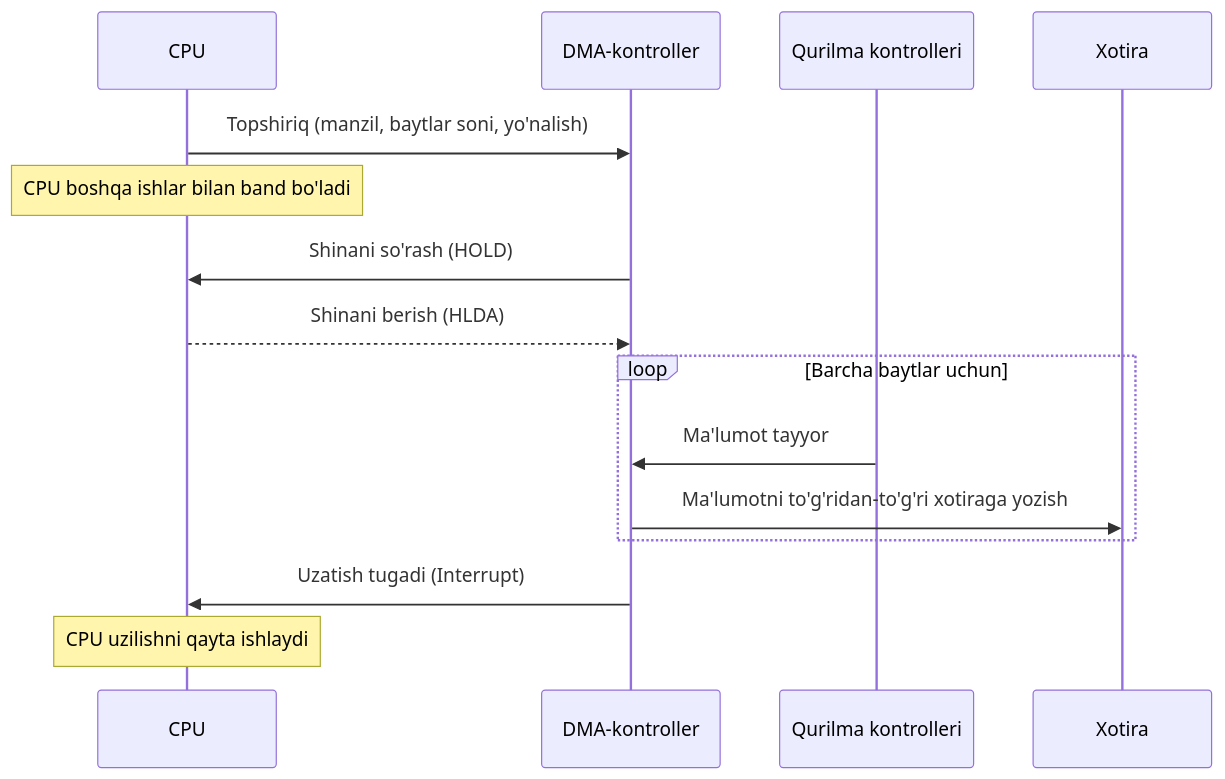
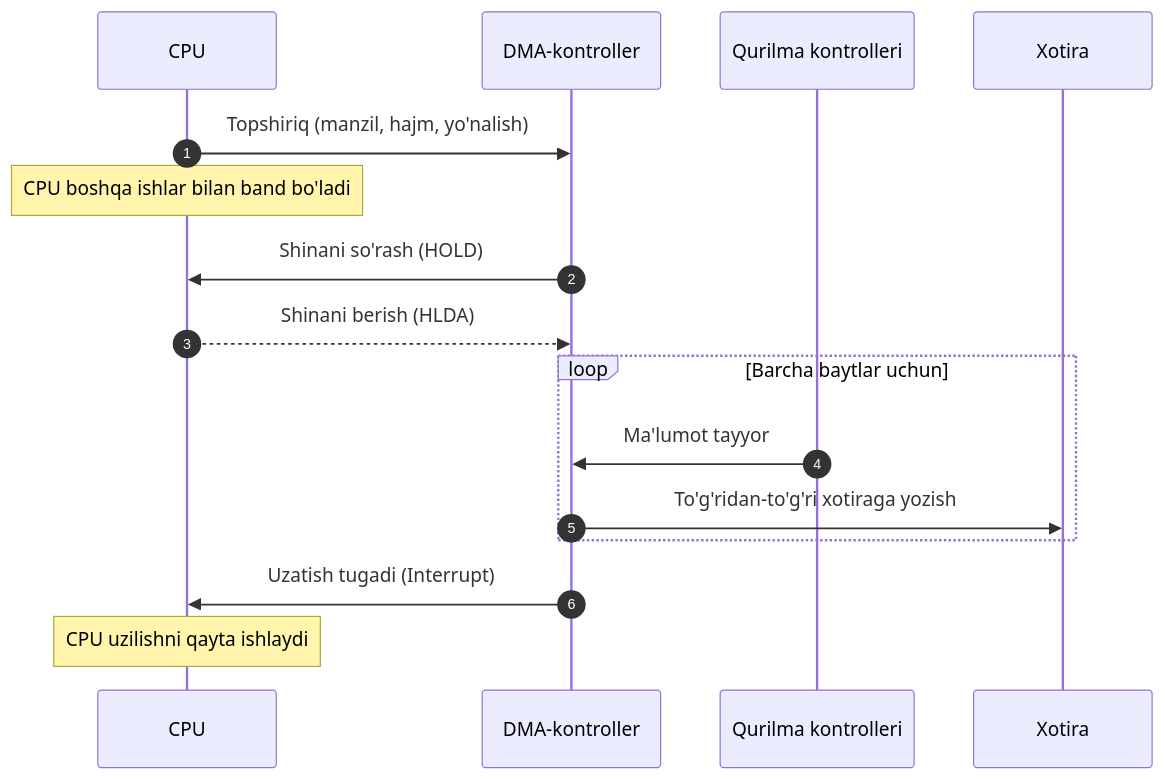
The fourth of 5 diagrams in PIO_DMA_Mustaqil_ish.md (komronigris1119-byte/Root-Access-), drawn with Mermaid before and after one commit. The commit also changed other lines of this file and 1 other file, not shown here.

Commit message:
Mustaqil ishni chiroyli formatda yangilash: aniqroq texnik mazmun, HTML jadvallar, yaxshilangan diagrammalar va Word stillari

````diff
--- a/PIO_DMA_Mustaqil_ish.md
+++ b/PIO_DMA_Mustaqil_ish.md
@@ -343,17 +382,18 @@
 ```mermaid
 sequenceDiagram
+    autonumber
     participant CPU
     participant DMA as DMA-kontroller
-    participant Kontroller as Qurilma kontrolleri
+    participant K as Qurilma kontrolleri
     participant RAM as Xotira
-    CPU->>DMA: Topshiriq (manzil, baytlar soni, yo'nalish)
+    CPU->>DMA: Topshiriq (manzil, hajm, yo'nalish)
     Note over CPU: CPU boshqa ishlar bilan band bo'ladi
     DMA->>CPU: Shinani so'rash (HOLD)
     CPU-->>DMA: Shinani berish (HLDA)
     loop Barcha baytlar uchun
-        Kontroller->>DMA: Ma'lumot tayyor
-        DMA->>RAM: Ma'lumotni to'g'ridan-to'g'ri xotiraga yozish
+        K->>DMA: Ma'lumot tayyor
+        DMA->>RAM: To'g'ridan-to'g'ri xotiraga yozish
     end
     DMA->>CPU: Uzatish tugadi (Interrupt)
     Note over CPU: CPU uzilishni qayta ishlaydi
 ```
````
